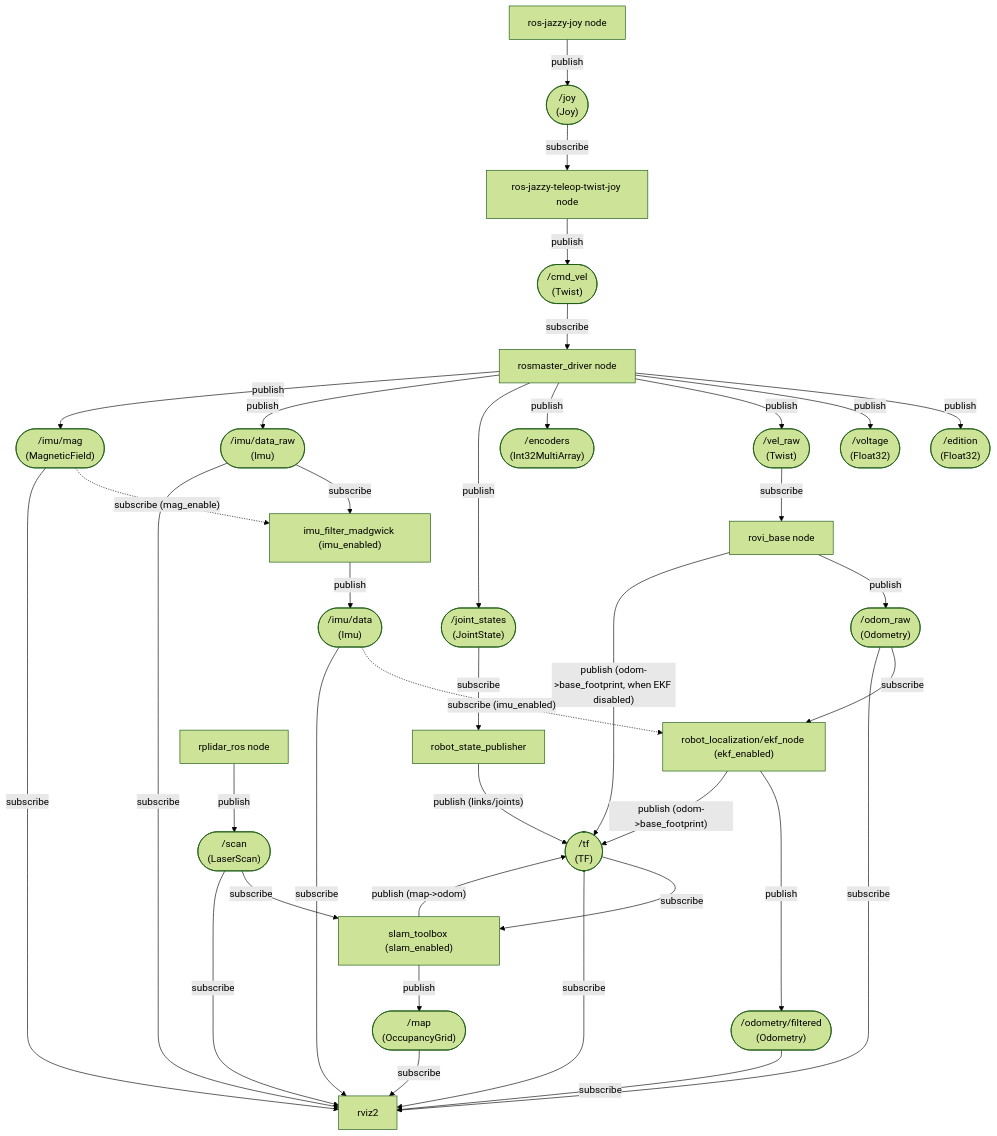
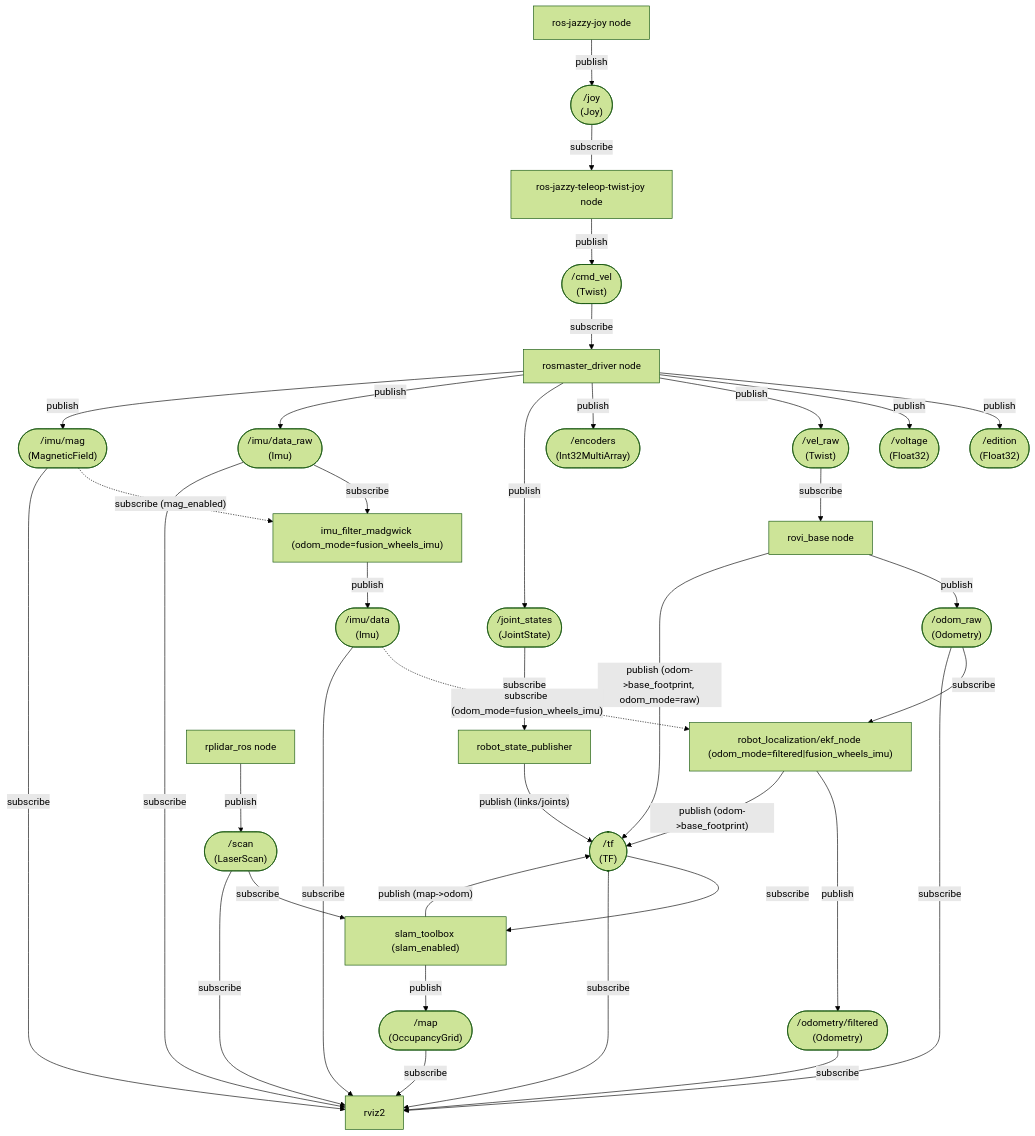
Before and after one commit to Roblibs/rovi_ros_ws: the first of 6 diagrams in README.md, drawn with Mermaid (forest theme). The commit also changed other lines of this file and 3 other files, not shown here.

Commit message:
refactor odom mode

````diff
--- a/README.md
+++ b/README.md
@@ -106,75 +117,75 @@
 ```mermaid
 flowchart TD
   Rosmaster[rosmaster_driver node]
 
   Joystick["ros-jazzy-joy node"]
   JOY(["/joy<br/>(Joy)"])
   Joystick -->|publish| JOY
 
   RoviJoy["ros-jazzy-teleop-twist-joy node"]
   JOY -->|subscribe| RoviJoy
   CMD(["/cmd_vel<br/>(Twist)"])
   RoviJoy -->|publish| CMD
 
   CMD -->|subscribe| Rosmaster
   EDT(["/edition<br/>(Float32)"])
   VOL(["/voltage<br/>(Float32)"])
   VRAW(["/vel_raw<br/>(Twist)"])
   JSTATE(["/joint_states<br/>(JointState)"])
   ENC(["/encoders<br/>(Int32MultiArray)"])
   IMU_RAW(["/imu/data_raw<br/>(Imu)"])
   MAG(["/imu/mag<br/>(MagneticField)"])
   Rosmaster -->|publish| EDT
   Rosmaster -->|publish| VOL
   Rosmaster -->|publish| VRAW
   Rosmaster -->|publish| ENC
   Rosmaster -->|publish| JSTATE
   Rosmaster -->|publish| IMU_RAW
   Rosmaster -->|publish| MAG
 
   RoviBase["rovi_base node"]
   VRAW -->|subscribe| RoviBase
   ODRAW(["/odom_raw<br/>(Odometry)"])
   TF(["/tf<br/>(TF)"])
   RoviBase -->|publish| ODRAW
-  RoviBase -->|"publish (odom->base_footprint, when EKF disabled)"| TF
+  RoviBase -->|"publish (odom->base_footprint, odom_mode=raw)"| TF
 
-  ImuFilter["imu_filter_madgwick (imu_enabled)"]
+  ImuFilter["imu_filter_madgwick (odom_mode=fusion_wheels_imu)"]
   IMU_RAW -->|subscribe| ImuFilter
-  MAG -.->|"subscribe (mag_enable)"| ImuFilter
+  MAG -.->|"subscribe (mag_enabled)"| ImuFilter
   IMU(["/imu/data<br/>(Imu)"])
   ImuFilter -->|publish| IMU
 
-  EKF["robot_localization/ekf_node (ekf_enabled)"]
+  EKF["robot_localization/ekf_node (odom_mode=filtered|fusion_wheels_imu)"]
   ODRAW -->|subscribe| EKF
-  IMU -.->|"subscribe (imu_enabled)"| EKF
+  IMU -.->|"subscribe (odom_mode=fusion_wheels_imu)"| EKF
   ODOMF(["/odometry/filtered<br/>(Odometry)"])
   EKF -->|publish| ODOMF
   EKF -->|"publish (odom->base_footprint)"| TF
 
 
   RSP["robot_state_publisher"]
   JSTATE -->|subscribe| RSP
   RSP -->|"publish (links/joints)"| TF
 
   RPLidar["rplidar_ros node"]
   SCAN(["/scan<br/>(LaserScan)"])
   RPLidar -->|publish| SCAN
 
   Slam["slam_toolbox (slam_enabled)"]
   SCAN -->|subscribe| Slam
   TF -->|subscribe| Slam
   MAP(["/map<br/>(OccupancyGrid)"])
   Slam -->|publish| MAP
   Slam -->|"publish (map->odom)"| TF
 
   RVIZ["rviz2"]
   TF -->|subscribe| RVIZ
   ODRAW -->|subscribe| RVIZ
   ODOMF -->|subscribe| RVIZ
   IMU_RAW -->|subscribe| RVIZ
   IMU -->|subscribe| RVIZ
   MAG -->|subscribe| RVIZ
   SCAN -->|subscribe| RVIZ
   MAP -->|subscribe| RVIZ
 ```
````
